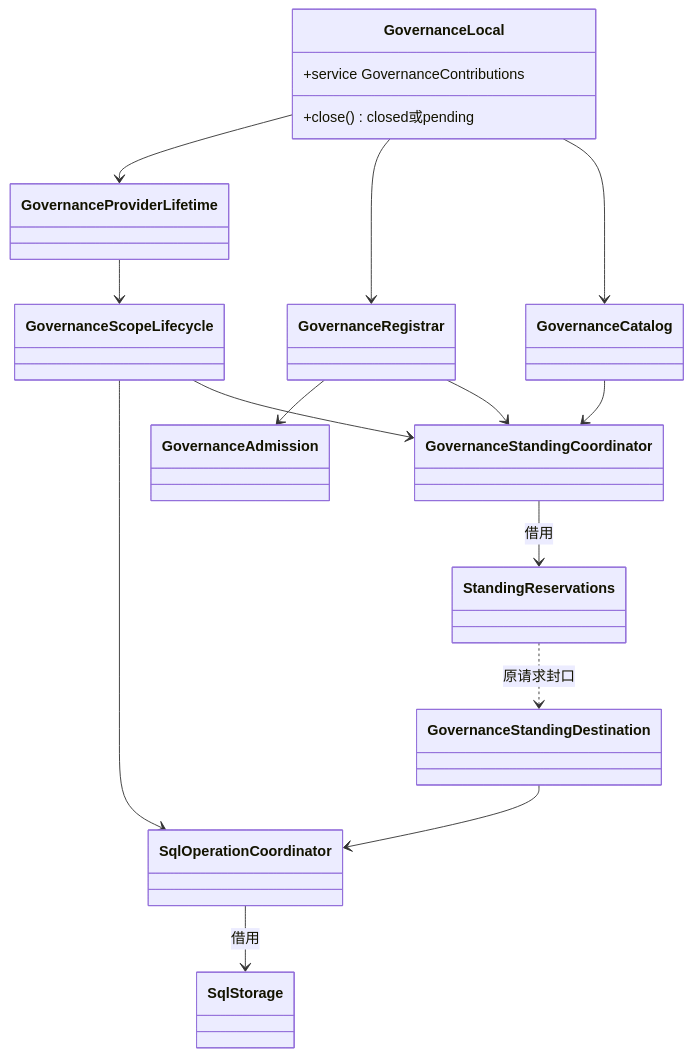
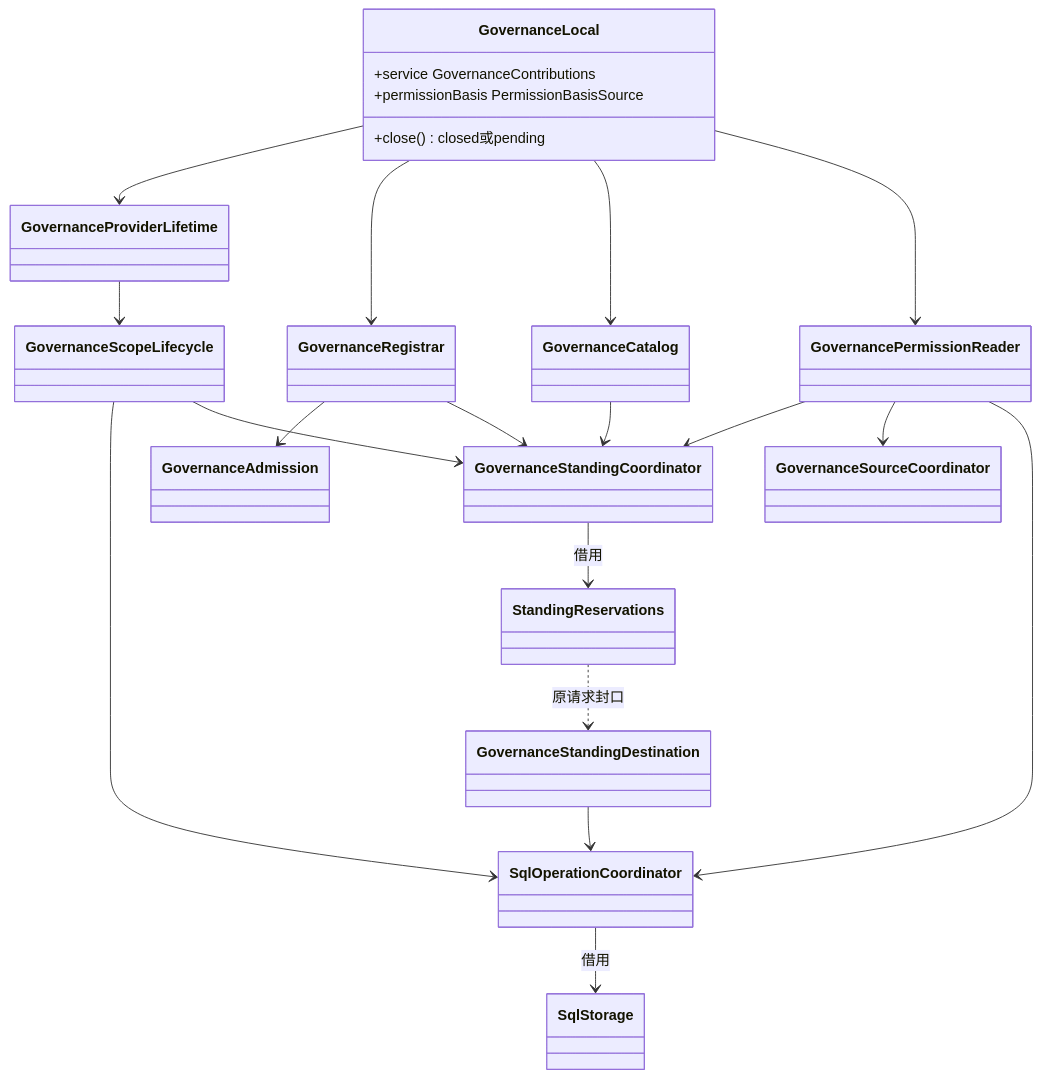
Before and after one commit to nemori-ai/omne-harness-lite: the first of 27 diagrams in packages/governance/governance-local/docs/architecture.md, drawn with Mermaid. The commit also changed other lines of this file and 484 other files, not shown here.

````diff
--- a/packages/governance/governance-local/docs/architecture.md
+++ b/packages/governance/governance-local/docs/architecture.md
@@ -7,20 +7,25 @@
 ```mermaid
 classDiagram
   class GovernanceLocal {
     +service GovernanceContributions
+    +permissionBasis PermissionBasisSource
     +close() closed或pending
   }
   GovernanceLocal --> GovernanceProviderLifetime
   GovernanceProviderLifetime --> GovernanceScopeLifecycle
   GovernanceLocal --> GovernanceRegistrar
   GovernanceLocal --> GovernanceCatalog
+  GovernanceLocal --> GovernancePermissionReader
+  GovernancePermissionReader --> GovernanceStandingCoordinator
+  GovernancePermissionReader --> GovernanceSourceCoordinator
+  GovernancePermissionReader --> SqlOperationCoordinator
   GovernanceRegistrar --> GovernanceAdmission
   GovernanceRegistrar --> GovernanceStandingCoordinator
   GovernanceCatalog --> GovernanceStandingCoordinator
   GovernanceScopeLifecycle --> SqlOperationCoordinator
   GovernanceScopeLifecycle --> GovernanceStandingCoordinator
   GovernanceStandingCoordinator --> StandingReservations : 借用
   SqlOperationCoordinator --> SqlStorage : 借用
   GovernanceStandingDestination --> SqlOperationCoordinator
   StandingReservations ..> GovernanceStandingDestination : 原请求封口
 ```
````
